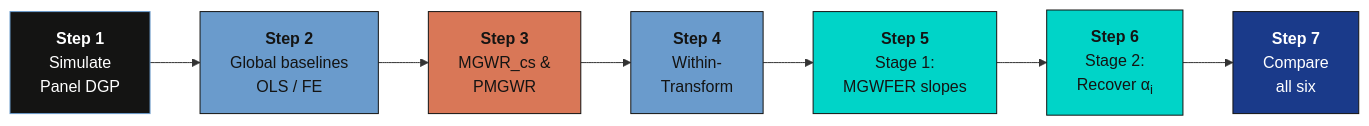
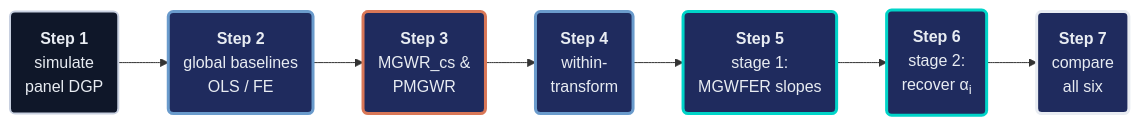
The first of 2 diagrams in content/post/python_mgwrfer/index.md (cmg777/starter-academic-v501), drawn with Mermaid before and after one commit. The commit also changed other lines of this file and 9 other files, not shown here.

First line of the commit message:
content(mermaid): restyle flowcharts in Python posts, batch 2 of 2

````diff
--- a/content/post/python_mgwrfer/index.md
+++ b/content/post/python_mgwrfer/index.md
@@ -88,17 +88,19 @@
 ```mermaid
 graph LR
-    A["<b>Step 1</b><br/>Simulate<br/>Panel DGP"] --> G["<b>Step 2</b><br/>Global baselines<br/>OLS / FE"]
-    G --> B["<b>Step 3</b><br/>MGWR_cs &amp;<br/>PMGWR"]
-    B --> C["<b>Step 4</b><br/>Within-<br/>Transform"]
-    C --> D["<b>Step 5</b><br/>Stage 1:<br/>MGWFER slopes"]
-    D --> F["<b>Step 6</b><br/>Stage 2:<br/>Recover &alpha;<sub>i</sub>"]
-    F --> E["<b>Step 7</b><br/>Compare<br/>all six"]
-
-    style A fill:#141413,stroke:#6a9bcc,color:#fff
-    style G fill:#6a9bcc,stroke:#141413,color:#141413
-    style B fill:#d97757,stroke:#141413,color:#141413
-    style C fill:#6a9bcc,stroke:#141413,color:#141413
-    style D fill:#00d4c8,stroke:#141413,color:#141413
-    style F fill:#00d4c8,stroke:#141413,color:#141413
-    style E fill:#1a3a8a,stroke:#141413,color:#fff
+    A("<b>Step 1</b><br/>simulate<br/>panel DGP") --> G("<b>Step 2</b><br/>global baselines<br/>OLS / FE")
+    G --> B("<b>Step 3</b><br/>MGWR_cs &amp;<br/>PMGWR")
+    B --> C("<b>Step 4</b><br/>within-<br/>transform")
+    C --> D("<b>Step 5</b><br/>stage 1:<br/>MGWFER slopes")
+    D --> F("<b>Step 6</b><br/>stage 2:<br/>recover &alpha;<sub>i</sub>")
+    F --> E("<b>Step 7</b><br/>compare<br/>all six")
+    classDef anchor fill:#0f1729,stroke:#c8d0e0,stroke-width:2px,color:#e8ecf2
+    classDef blue fill:#1f2b5e,stroke:#6a9bcc,stroke-width:3px,color:#e8ecf2
+    classDef orange fill:#1f2b5e,stroke:#d97757,stroke-width:3px,color:#e8ecf2
+    classDef teal fill:#1f2b5e,stroke:#00d4c8,stroke-width:3px,color:#e8ecf2
+    classDef key fill:#1f2b5e,stroke:#e8ecf2,stroke-width:3px,color:#e8ecf2
+    class A anchor
+    class G,C blue
+    class B orange
+    class D,F teal
+    class E key
 ```
````
